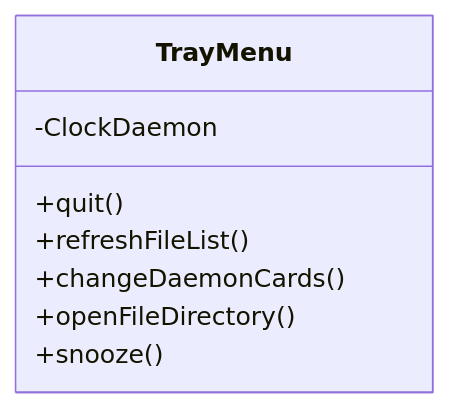
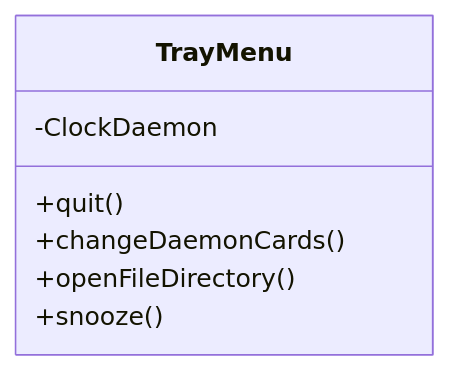
One commit to 24adamcho/sudden-flash-card-event changed the third of 4 diagrams in docs/classdiagram.md. Above: the diagram before and after it, drawn with Mermaid. The commit also changed 2 other files, not shown here.

Commit message:
commit + specification change

````diff
--- a/docs/classdiagram.md
+++ b/docs/classdiagram.md
@@ -47,12 +47,11 @@
 ```mermaid
 classDiagram
 direction LR
     class TrayMenu{
         -ClockDaemon
         +quit()
-        +refreshFileList()
         +changeDaemonCards()
         +openFileDirectory()
         +snooze()
     }
 ```
````
